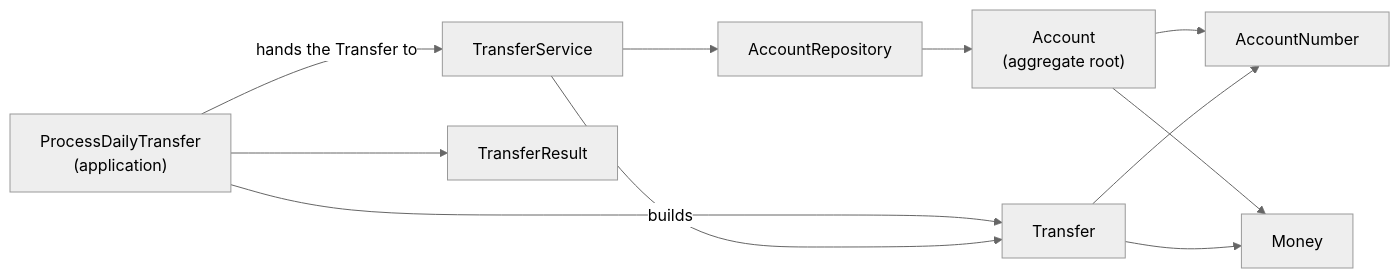
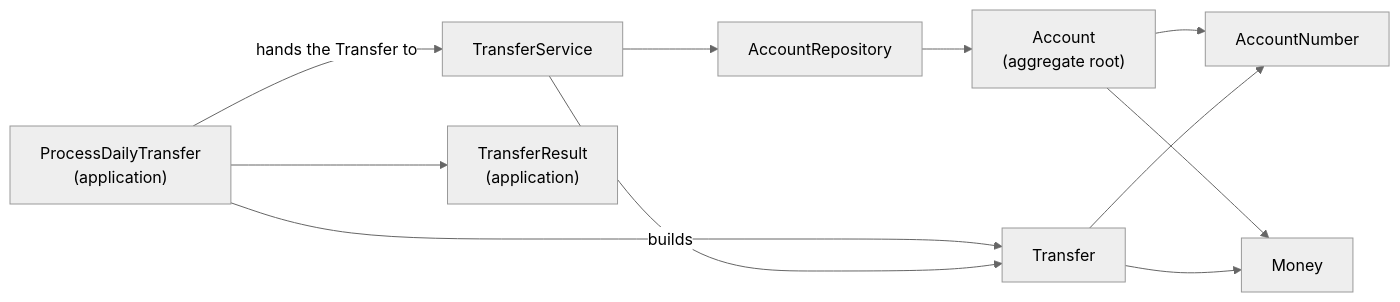
Before and after one commit to hetal-patel78/mable-backend-code-challenge: the third of 4 diagrams in docs/solution-design/05-high-level-design.md, drawn with Mermaid (neutral theme). The commit also changed other lines of this file and 22 other files, not shown here.

First line of the commit message:
Make TransferResult a Data record in the application layer

````diff
--- a/docs/solution-design/05-high-level-design.md
+++ b/docs/solution-design/05-high-level-design.md
@@ -74,22 +74,22 @@
 ```mermaid
 flowchart LR
     PDT["ProcessDailyTransfer<br/>(application)"]
     TS["TransferService"]
     Repo["AccountRepository"]
     Acc["Account<br/>(aggregate root)"]
     Tr["Transfer"]
-    Res["TransferResult"]
+    Res["TransferResult<br/>(application)"]
     AN["AccountNumber"]
     M["Money"]
 
     PDT -- "builds" --> Tr
     PDT -- "hands the Transfer to" --> TS
     PDT --> Res
     TS --> Repo
     TS --> Tr
     Repo --> Acc
     Acc --> AN
     Acc --> M
     Tr --> AN
     Tr --> M
 ```
````
